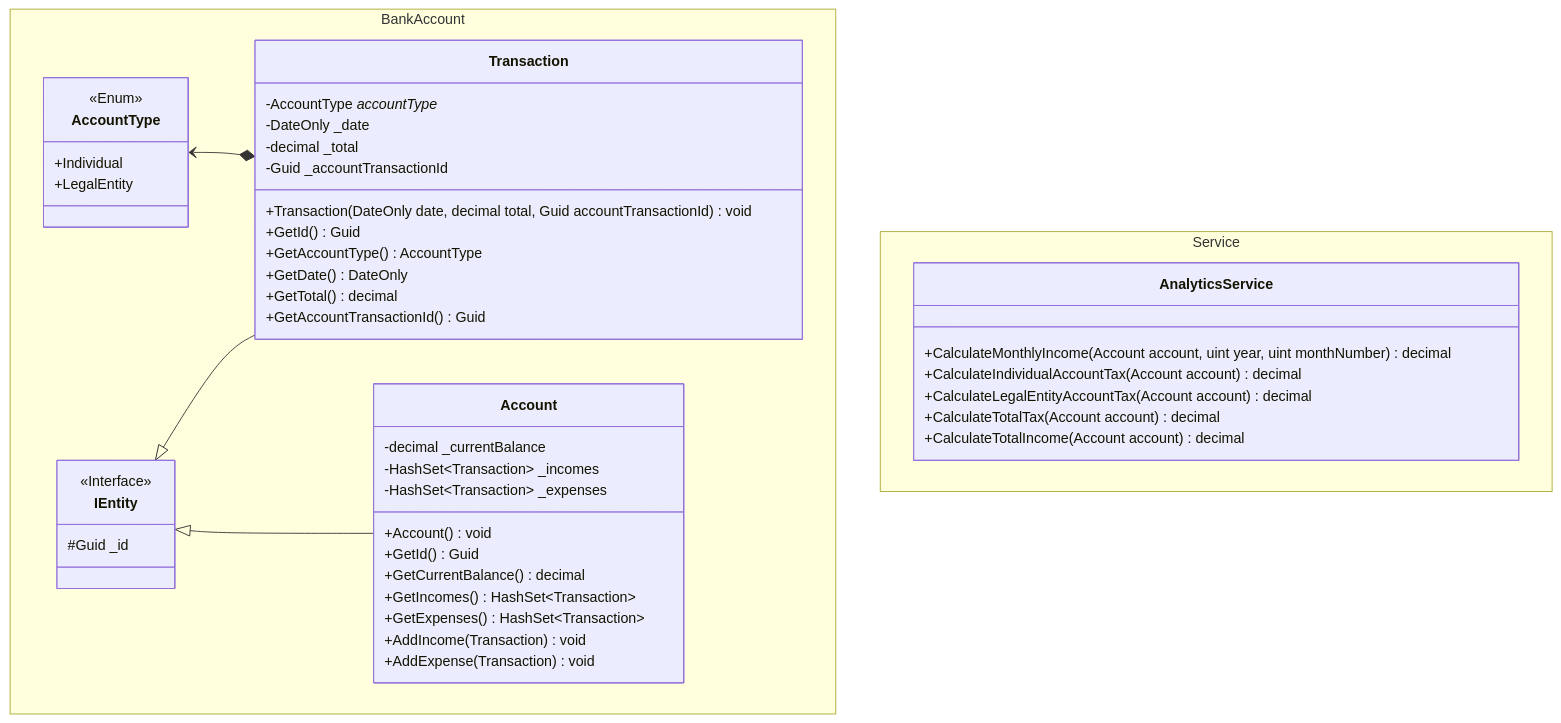
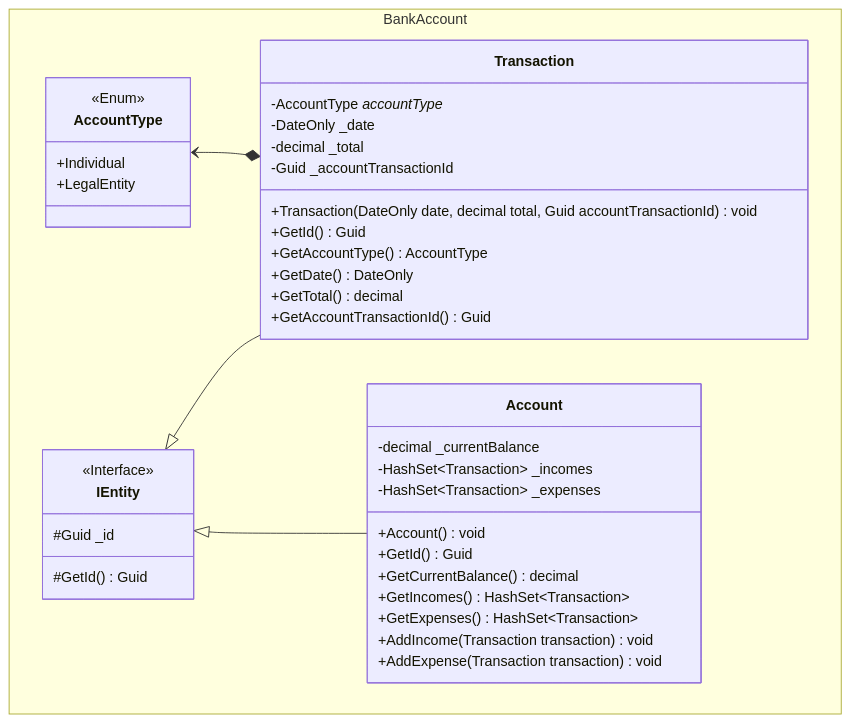
Before and after one commit to normalman101/Business-BS: the first of 2 diagrams in README.md, drawn with Mermaid. The commit also changed other lines of this file, not shown here.

Commit message:
Начал переделывать реализацию

````diff
--- a/README.md
+++ b/README.md
@@ -1,55 +1,45 @@
 ```mermaid
 classDiagram
     namespace BankAccount {
         class IEntity {
             <<Interface>>
             #Guid _id
+            #GetId() Guid
         }
 
         class AccountType {
             <<Enum>>
             +Individual
             +LegalEntity
         }
 
         class Transaction {
             -AccountType _accountType_
             -DateOnly _date
             -decimal _total
             -Guid _accountTransactionId
             +Transaction(DateOnly date, decimal total, Guid accountTransactionId) void
             +GetId() Guid
             +GetAccountType() AccountType
             +GetDate() DateOnly
             +GetTotal() decimal
             +GetAccountTransactionId() Guid
         }
 
         class Account {
             -decimal _currentBalance
             -HashSet~Transaction~ _incomes
             -HashSet~Transaction~ _expenses
             +Account() void
             +GetId() Guid
             +GetCurrentBalance() decimal
             +GetIncomes() HashSet~Transaction~
             +GetExpenses() HashSet~Transaction~
-            +AddIncome(Transaction) void
-            +AddExpense(Transaction) void
+            +AddIncome(Transaction transaction) void
+            +AddExpense(Transaction transaction) void
         }
     }
     AccountType <--* Transaction
     IEntity <|-- Transaction
     IEntity <|-- Account
-
-
-    namespace Service {
-        class AnalyticsService {
-            +CalculateMonthlyIncome(Account account, uint year, uint monthNumber) decimal
-            +CalculateIndividualAccountTax(Account account) decimal
-            +CalculateLegalEntityAccountTax(Account account) decimal
-            +CalculateTotalTax(Account account) decimal
-            +CalculateTotalIncome(Account account) decimal
-        }
-    }
 ```
````
